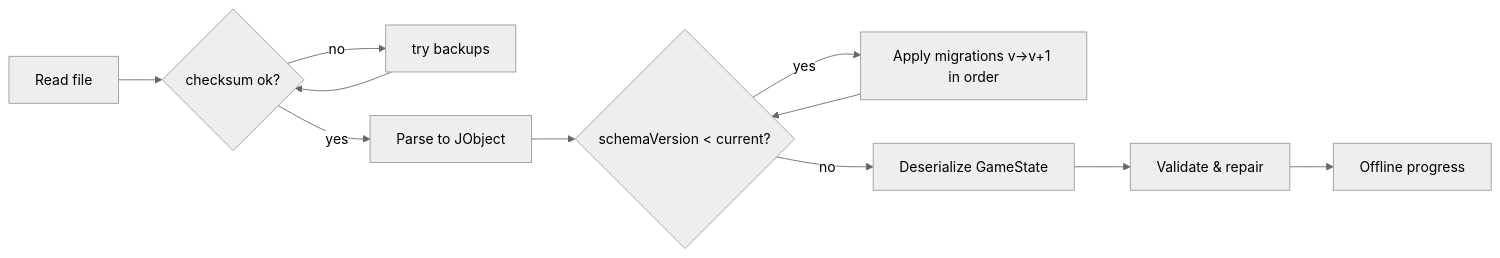
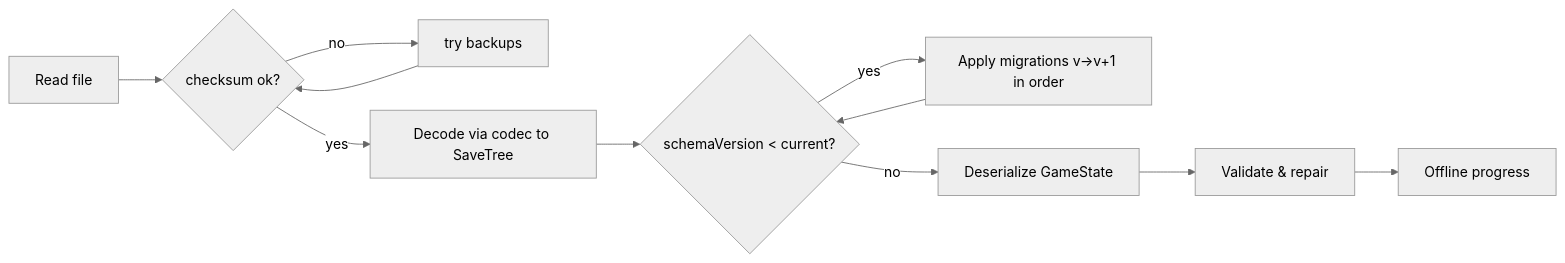
Before and after one commit to polmasanas/dark-fantasy-idle-rpg: the diagram in Docs/SAVE_SYSTEM.md, drawn with Mermaid (neutral theme). The commit also changed other lines of this file and 19 other files, not shown here.

````diff
--- a/Docs/SAVE_SYSTEM.md
+++ b/Docs/SAVE_SYSTEM.md
@@ -36,9 +37,9 @@
 ```mermaid
 flowchart LR
   A[Read file] --> B{checksum ok?}
   B -- no --> BK[try backups] --> B
-  B -- yes --> C[Parse to JObject]
+  B -- yes --> C[Decode via codec to SaveTree]
   C --> D{schemaVersion < current?}
   D -- yes --> M[Apply migrations v→v+1 in order] --> D
   D -- no --> E[Deserialize GameState] --> F[Validate & repair] --> G[Offline progress]
 ```
````
